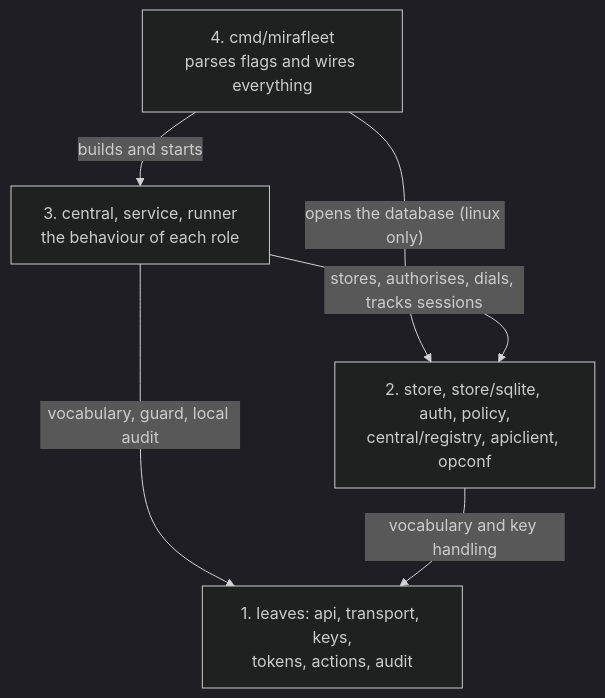
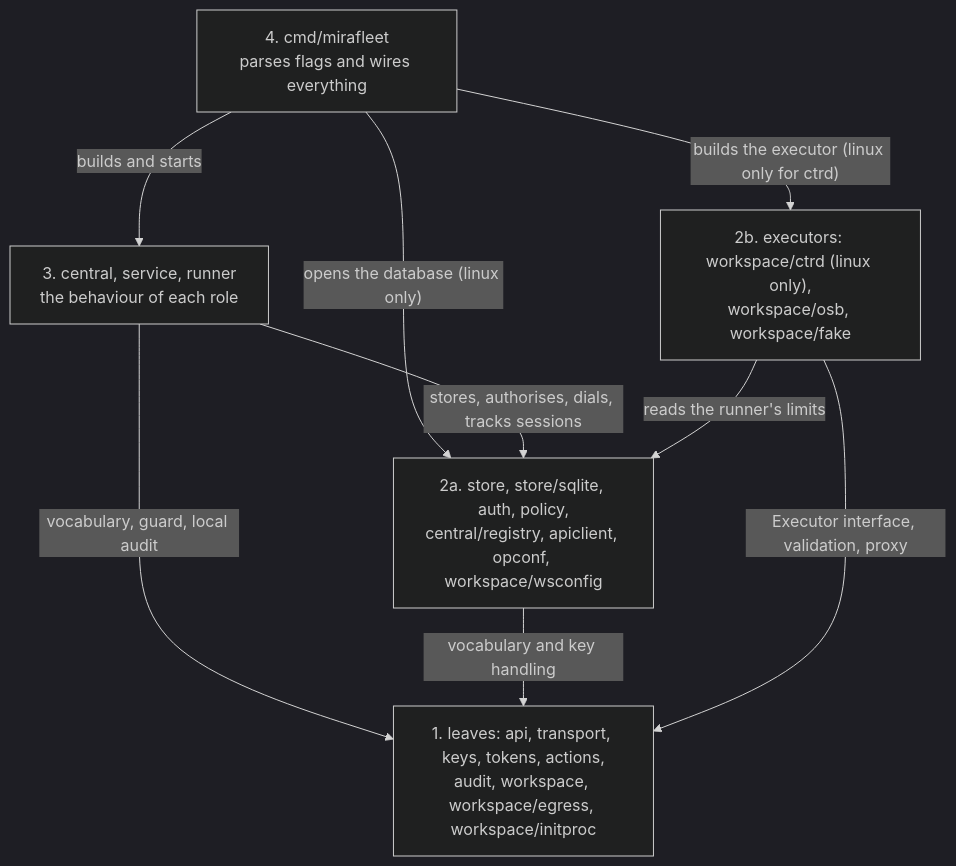
One commit to mirastacklabs-ai/mirafleet changed the diagram in docs/guide/08-code-tour.md. Above: the diagram before and after it, drawn with Mermaid (dark theme). The commit also changed other lines of this file and 87 other files, not shown here.

````diff
--- a/docs/guide/08-code-tour.md
+++ b/docs/guide/08-code-tour.md
@@ -77,13 +94,17 @@
 ```mermaid
 flowchart TD
     cmd["4. cmd/mirafleet<br/>parses flags and wires everything"]
     top["3. central, service, runner<br/>the behaviour of each role"]
-    mid["2. store, store/sqlite, auth, policy,<br/>central/registry, apiclient, opconf"]
-    leaf["1. leaves: api, transport, keys,<br/>tokens, actions, audit"]
+    exe["2b. executors: workspace/ctrd (linux only),<br/>workspace/osb, workspace/fake"]
+    mid["2a. store, store/sqlite, auth, policy,<br/>central/registry, apiclient, opconf, workspace/wsconfig"]
+    leaf["1. leaves: api, transport, keys, tokens, actions,<br/>audit, workspace, workspace/egress, workspace/initproc"]
 
     cmd -->|"builds and starts"| top
     cmd -->|"opens the database (linux only)"| mid
+    cmd -->|"builds the executor (linux only for ctrd)"| exe
     top -->|"stores, authorises, dials, tracks sessions"| mid
     top -->|"vocabulary, guard, local audit"| leaf
     mid -->|"vocabulary and key handling"| leaf
+    exe -->|"Executor interface, validation, proxy"| leaf
+    exe -->|"reads the runner's limits"| mid
 ```
````
